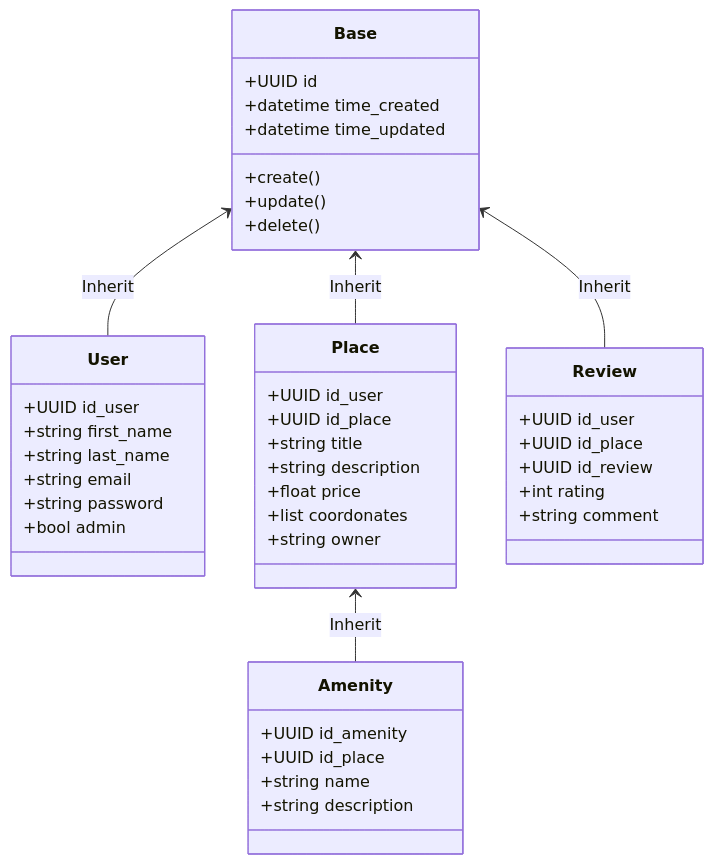
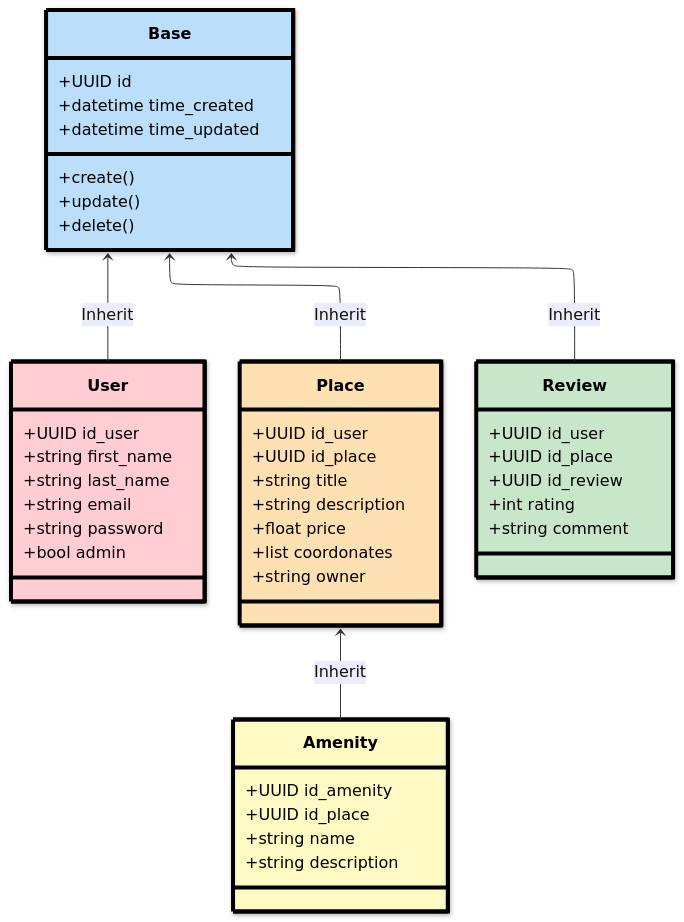
The diagram in part1/mermaid/Business_logic.md (Franck-dev-hub/holbertonschool-hbnb), drawn with Mermaid before and after one commit. The commit also changed 2 other files, not shown here.

Commit message:
Update Business logic image

````diff
--- a/part1/mermaid/Business_logic.md
+++ b/part1/mermaid/Business_logic.md
@@ -3,51 +3,75 @@
 ```mermaid
+---
+config:
+  theme: default
+  look: neo
+  layout: elk
+---
 classDiagram
 direction TB
     class Base {
-      +UUID id
-      +datetime time_created
-      +datetime time_updated
+	    +UUID id
+	    +datetime time_created
+	    +datetime time_updated
 	    +create()
 	    +update()
 	    +delete()
     }
-
     class User {
 	    +UUID id_user
 	    +string first_name
 	    +string last_name
 	    +string email
 	    +string password
 	    +bool admin
     }
-
     class Place {
-      +UUID id_user
-      +UUID id_place
+	    +UUID id_user
+	    +UUID id_place
 	    +string title
 	    +string description
 	    +float price
 	    +list coordonates
 	    +string owner
     }
-
     class Review {
-      +UUID id_user
-      +UUID id_place
-      +UUID id_review
+	    +UUID id_user
+	    +UUID id_place
+	    +UUID id_review
 	    +int rating
 	    +string comment
     }
-
     class Amenity {
-      +UUID id_amenity
-      +UUID id_place
+	    +UUID id_amenity
+	    +UUID id_place
 	    +string name
 	    +string description
     }
 
     Base <-- User : Inherit
     Base <-- Place : Inherit
     Base <-- Review : Inherit
     Place <-- Amenity : Inherit
+
+	class Base:::Class_02
+	class Base:::Ash
+	class Base:::Class_03
+	class User:::Rose
+	class User:::Class_02
+	class Place:::Peach
+	class Place:::Class_01
+	class Review:::Aqua
+	class Review:::Class_01
+	class Review:::Class_04
+	class Amenity:::Class_05
+
+	classDef Rose :,stroke-width:1px, stroke-dasharray:none, stroke:#FF5978, fill:#FFDFE5, color:#8E2236
+	classDef Peach :,stroke-width:1px, stroke-dasharray:none, stroke:#FBB35A, fill:#FFEFDB, color:#8F632D
+	classDef Aqua :,stroke-width:1px, stroke-dasharray:none, stroke:#46EDC8, fill:#DEFFF8, color:#378E7A
+	classDef Ash :,stroke-width:1px, stroke-dasharray:none, stroke:#999999, fill:#EEEEEE, color:#000000
+	classDef Class_02 :, stroke-width:4px, stroke-dasharray: 0, fill:#FFCDD2, color:#000000, stroke:#000000
+	classDef Class_01 :, stroke-width:4px, stroke-dasharray: 0, stroke:#000000, fill:#FFE0B2, color:#000000
+	classDef Class_03 :, stroke-width:4px, stroke-dasharray: 0, fill:#BBDEFB, color:#000000, stroke:#000000
+	classDef Class_04 :,stroke-width:4px, stroke-dasharray: 0, stroke:#000000, fill:#C8E6C9, color:#000000
+	classDef Class_05 :,stroke-width:4px, stroke-dasharray: 0, stroke:#000000, fill:#FFF9C4, color:#000000
 ```
````
